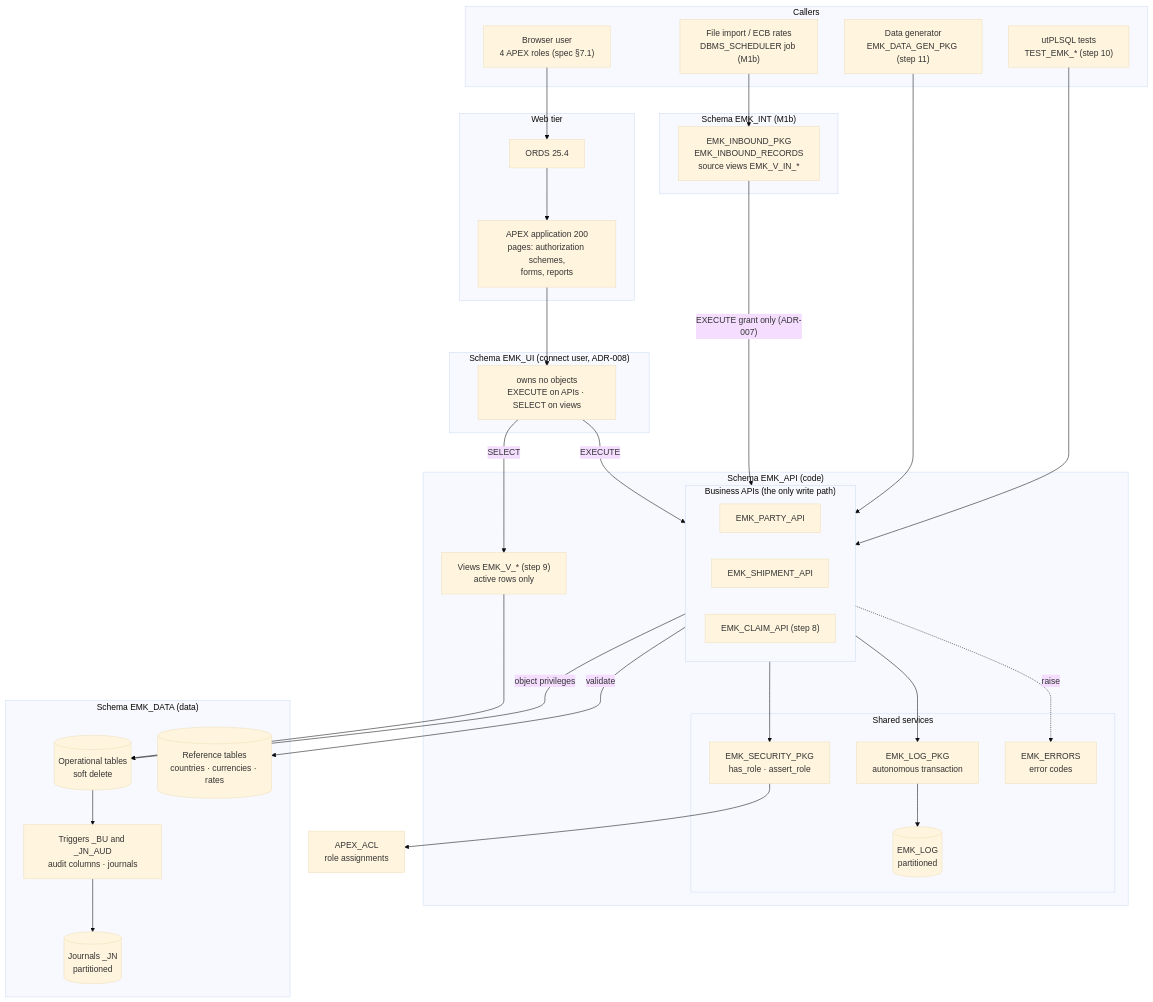
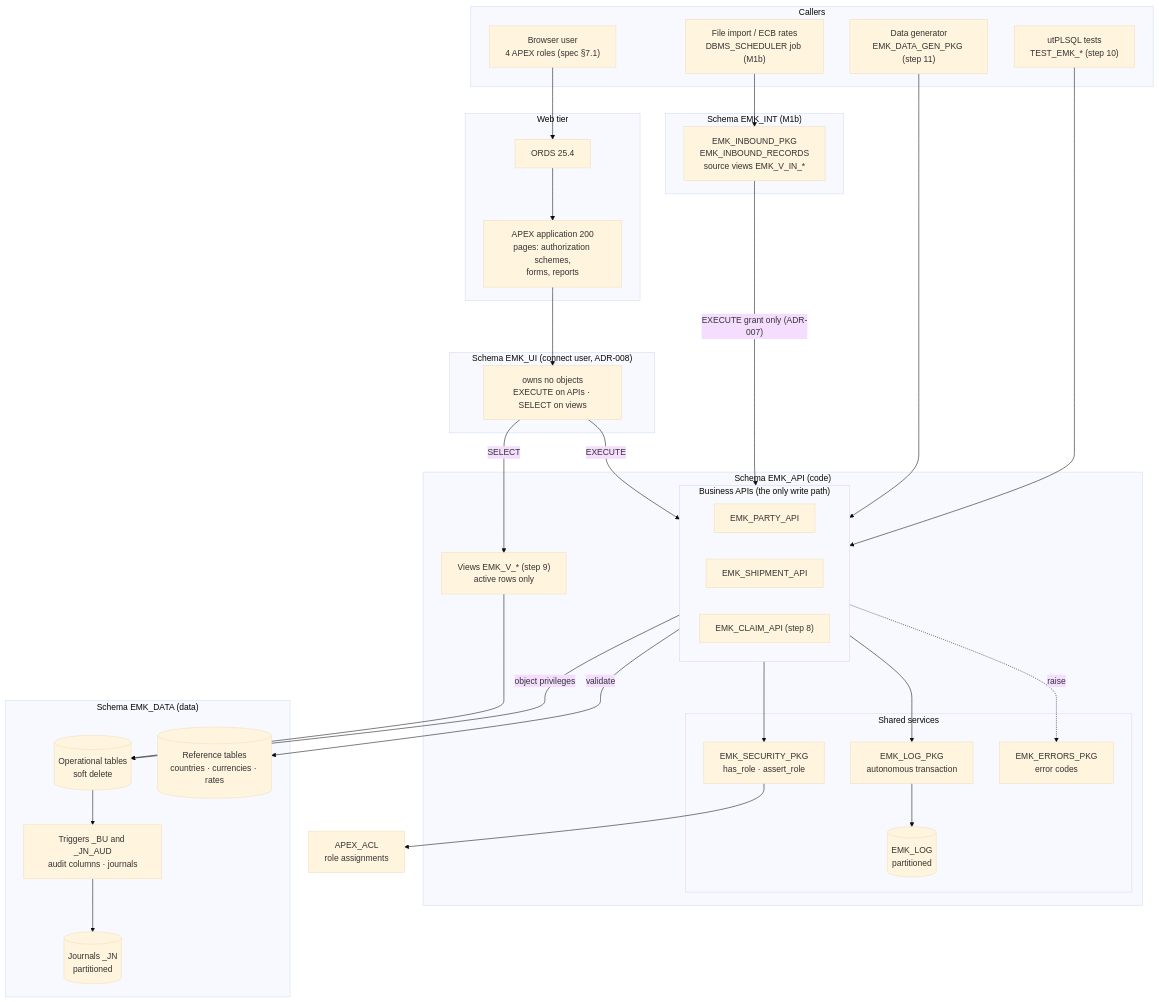
Before and after one commit to nmuller000/euromarket-claims-manager: the first of 5 diagrams in docs/design/api-design.md, drawn with Mermaid (base theme). The commit also changed other lines of this file and 23 other files, not shown here.

Commit message:
test(m1a): utPLSQL suites for steps 1-6 in the schema of the tested objects (42 tests green); rename EMK_ERRORS to EMK_ERRORS_PKG and purge to purge_entries

````diff
--- a/docs/design/api-design.md
+++ b/docs/design/api-design.md
@@ -14,62 +14,62 @@
 ```mermaid
 flowchart TB
     subgraph callers["Callers"]
         user["Browser user<br/>4 APEX roles (spec §7.1)"]
         imp["File import / ECB rates<br/>DBMS_SCHEDULER job (M1b)"]
         gen["Data generator<br/>EMK_DATA_GEN_PKG (step 11)"]
         tst["utPLSQL tests<br/>TEST_EMK_* (step 10)"]
     end
 
     subgraph web["Web tier"]
         ords["ORDS 25.4"]
         apex["APEX application 200<br/>pages: authorization schemes,<br/>forms, reports"]
     end
 
     subgraph int["Schema EMK_INT (M1b)"]
         inbound["EMK_INBOUND_PKG<br/>EMK_INBOUND_RECORDS<br/>source views EMK_V_IN_*"]
     end
 
     subgraph ui["Schema EMK_UI (connect user, ADR-008)"]
         uin["owns no objects<br/>EXECUTE on APIs · SELECT on views"]
     end
 
     subgraph api["Schema EMK_API (code)"]
         subgraph apis["Business APIs (the only write path)"]
             party["EMK_PARTY_API"]
             ship["EMK_SHIPMENT_API"]
             claim["EMK_CLAIM_API (step 8)"]
         end
         subgraph services["Shared services"]
             sec["EMK_SECURITY_PKG<br/>has_role · assert_role"]
             log["EMK_LOG_PKG<br/>autonomous transaction"]
-            err["EMK_ERRORS<br/>error codes"]
+            err["EMK_ERRORS_PKG<br/>error codes"]
             logt[("EMK_LOG<br/>partitioned")]
         end
         views["Views EMK_V_* (step 9)<br/>active rows only"]
     end
 
     subgraph data["Schema EMK_DATA (data)"]
         tables[("Operational tables<br/>soft delete")]
         trg["Triggers _BU and _JN_AUD<br/>audit columns · journals"]
         jn[("Journals _JN<br/>partitioned")]
         ref[("Reference tables<br/>countries · currencies · rates")]
     end
 
     acl["APEX_ACL<br/>role assignments"]
 
     user --> ords --> apex --> uin
     uin -->|"SELECT"| views
     uin -->|"EXECUTE"| apis
     imp --> inbound -->|"EXECUTE grant only (ADR-007)"| apis
     gen --> apis
     tst --> apis
     apis --> sec
     apis --> log
     apis -.->|"raise"| err
     apis -->|"object privileges"| tables
     apis -->|"validate"| ref
     tables --> trg --> jn
     log --> logt
     sec --> acl
     views --> tables
 ```
````
